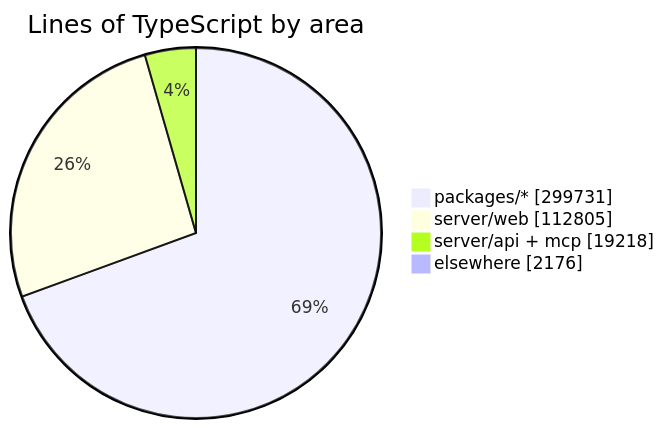
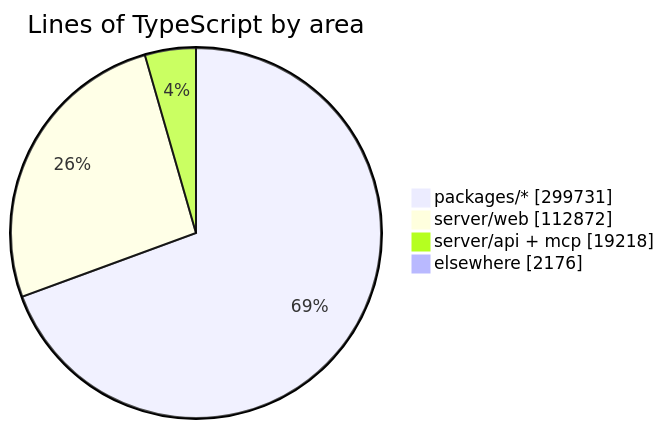
One commit to crossworks-engineering/mantle changed the diagram in README.md. Above: the diagram before and after it, drawn with Mermaid. The commit also changed other lines of this file and 2 other files, not shown here.

````diff
--- a/README.md
+++ b/README.md
@@ -294,7 +294,7 @@
 ```mermaid
 pie showData title Lines of TypeScript by area
     "packages/*" : 299731
-    "server/web" : 112805
+    "server/web" : 112872
     "server/api + mcp" : 19218
     "elsewhere" : 2176
 ```
````
